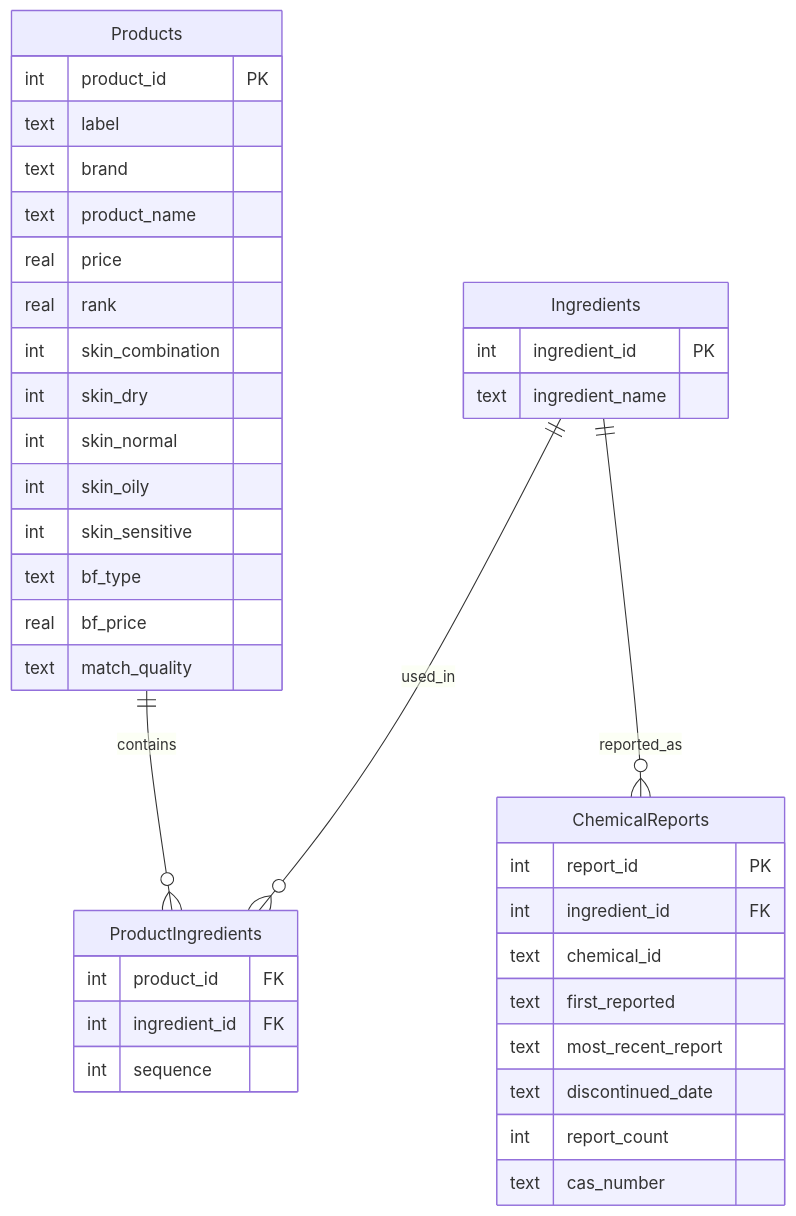
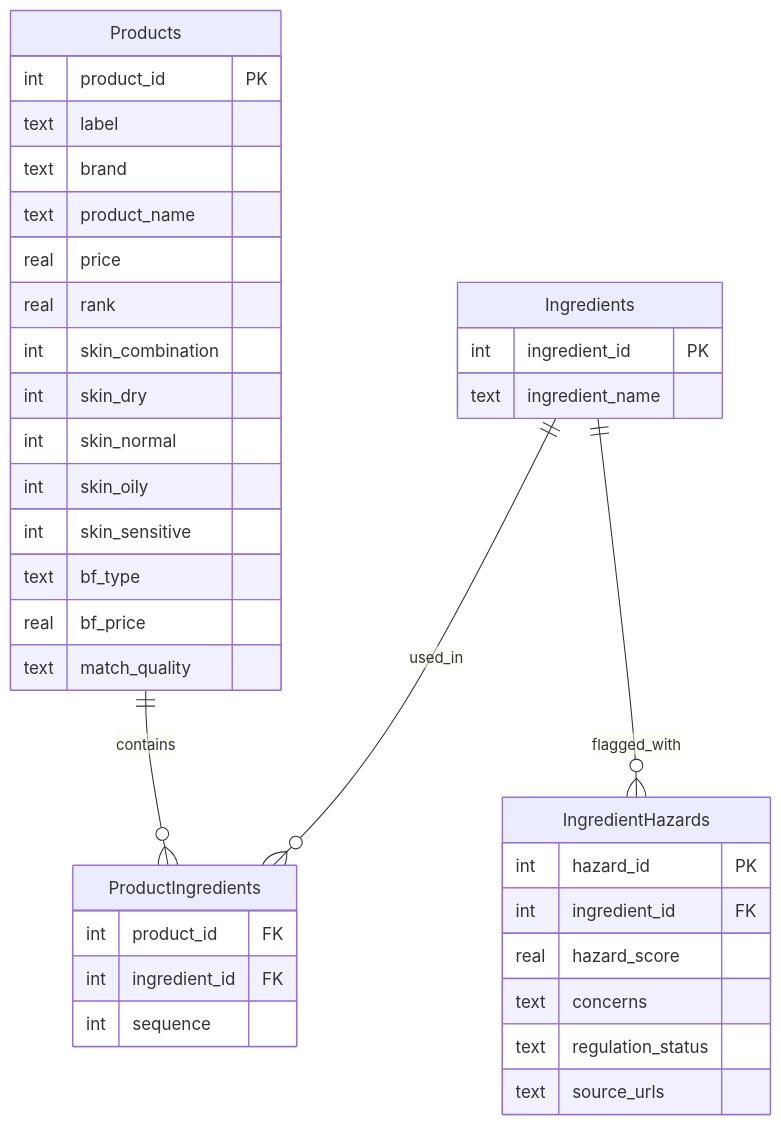
Before and after one commit to angelakberry/beauty_wizard: the diagram in README.md, drawn with Mermaid. The commit also changed other lines of this file, not shown here.

Commit message:
beautiful erd rendering

````diff
--- a/README.md
+++ b/README.md
@@ -68,46 +68,44 @@
 ```mermaid
 erDiagram
   Products ||--o{ ProductIngredients : contains
   Ingredients ||--o{ ProductIngredients : used_in
-  Ingredients ||--o{ ChemicalReports : reported_as
+  Ingredients ||--o{ IngredientHazards : flagged_with
 
   Products {
     int product_id PK
     text label
     text brand
     text product_name
     real price
     real rank
     int skin_combination
     int skin_dry
     int skin_normal
     int skin_oily
     int skin_sensitive
     text bf_type
     real bf_price
     text match_quality
   }
 
   Ingredients {
     int ingredient_id PK
     text ingredient_name
   }
 
   ProductIngredients {
     int product_id FK
     int ingredient_id FK
     int sequence
   }
 
-  ChemicalReports {
-    int report_id PK
+  IngredientHazards {
+    int hazard_id PK
     int ingredient_id FK
-    text chemical_id
-    text first_reported
-    text most_recent_report
-    text discontinued_date
-    int report_count
-    text cas_number
+    real hazard_score
+    text concerns
+    text regulation_status
+    text source_urls
   }
 
 ```
````
